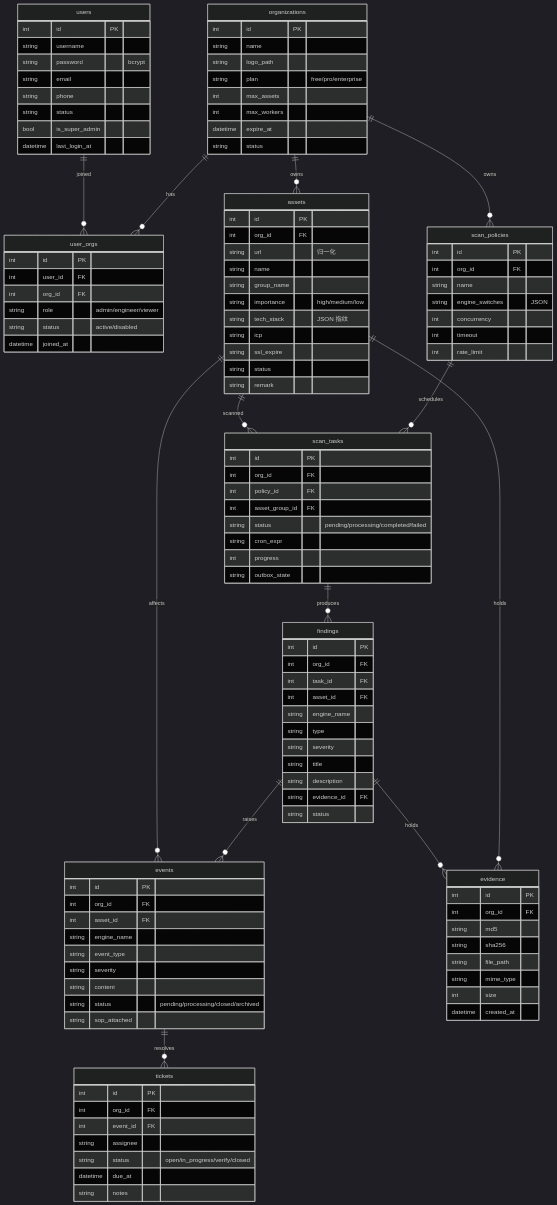
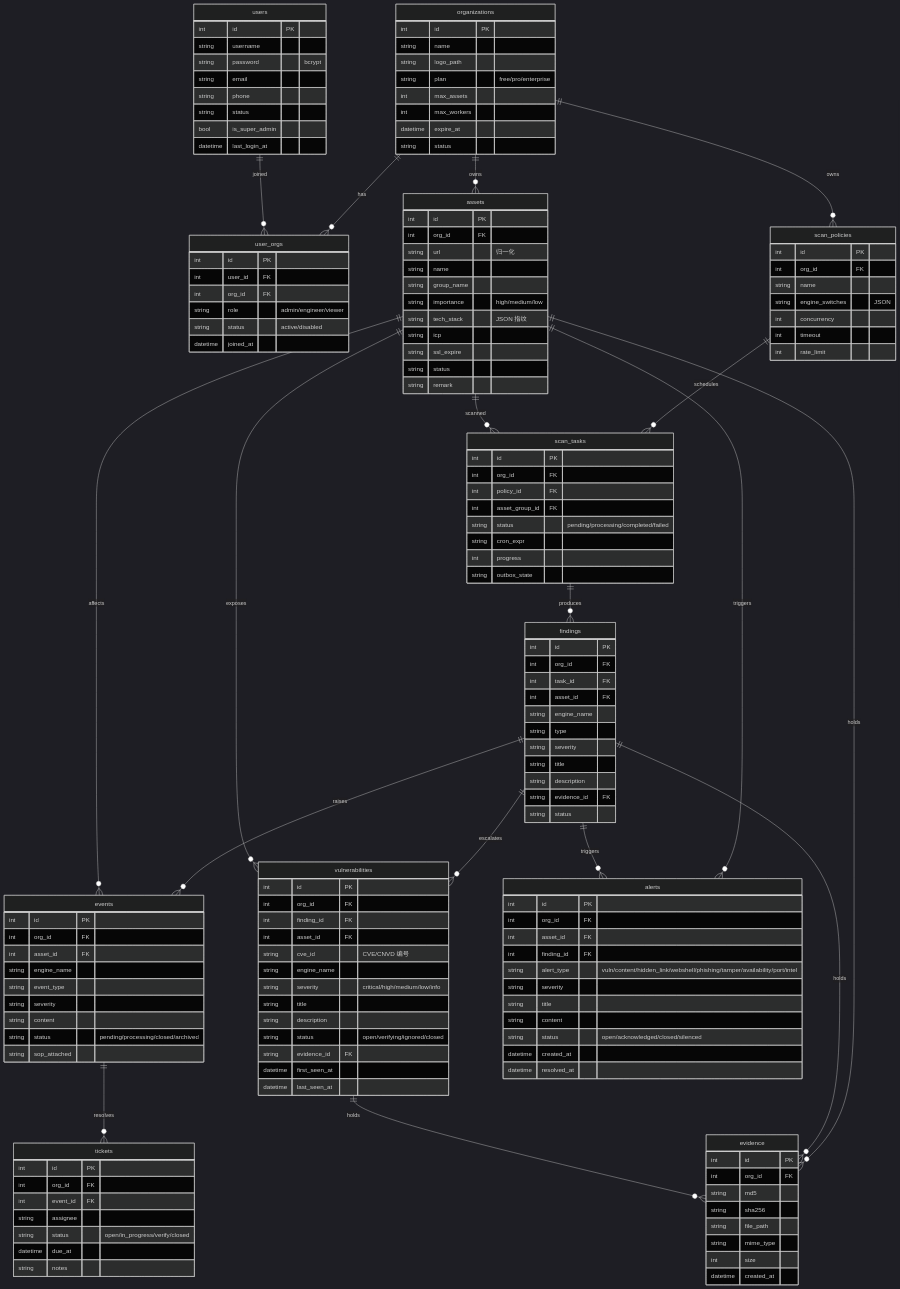
One commit to Fanc1er/Kate changed the fourth of 4 diagrams in .monkeycode/specs/cinsight-platform/design.md. Above: the diagram before and after it, drawn with Mermaid (dark theme). The commit also changed other lines of this file and 2 other files, not shown here.

Commit message:
docs(spec): 新增资产后端API任务、独立告警/漏洞证据接口、Worker心跳、vulnerabilities/alerts独立表 Co-authored-by: monkeycode-ai <monkeycode-ai@chaitin.com>

```diff
--- a/.monkeycode/specs/cinsight-platform/design.md
+++ b/.monkeycode/specs/cinsight-platform/design.md
@@ -299,10 +302,15 @@
     assets ||--o{ scan_tasks : scanned
     scan_tasks ||--o{ findings : produces
     findings ||--o{ events : raises
+    findings ||--o{ vulnerabilities : escalates
+    assets ||--o{ vulnerabilities : exposes
+    assets ||--o{ alerts : triggers
+    findings ||--o{ alerts : triggers
     assets ||--o{ events : affects
     events ||--o{ tickets : resolves
     assets ||--o{ evidence : holds
     findings ||--o{ evidence : holds
+    vulnerabilities ||--o{ evidence : holds
 
     organizations {
         int id PK
@@ -377,6 +385,34 @@
         string evidence_id FK
         string status
     }
+    vulnerabilities {
+        int id PK
+        int org_id FK
+        int finding_id FK
+        int asset_id FK
+        string cve_id "CVE/CNVD 编号"
+        string engine_name
+        string severity "critical/high/medium/low/info"
+        string title
+        string description
+        string status "open/verifying/ignored/closed"
+        string evidence_id FK
+        datetime first_seen_at
+        datetime last_seen_at
+    }
+    alerts {
+        int id PK
+        int org_id FK
+        int asset_id FK
+        int finding_id FK
+        string alert_type "vuln/content/hidden_link/webshell/phishing/tamper/availability/port/intel"
+        string severity
+        string title
+        string content
+        string status "open/acknowledged/closed/silenced"
+        datetime created_at
+        datetime resolved_at
+    }
     events {
         int id PK
         int org_id FK
```
